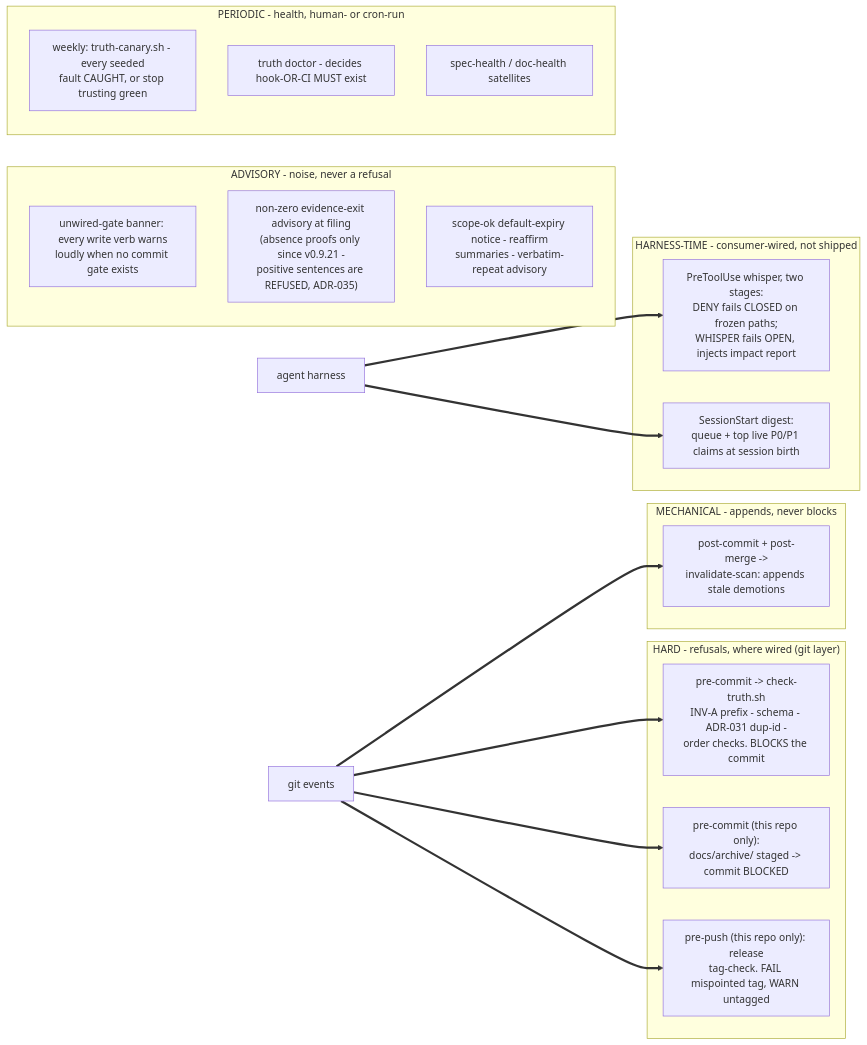
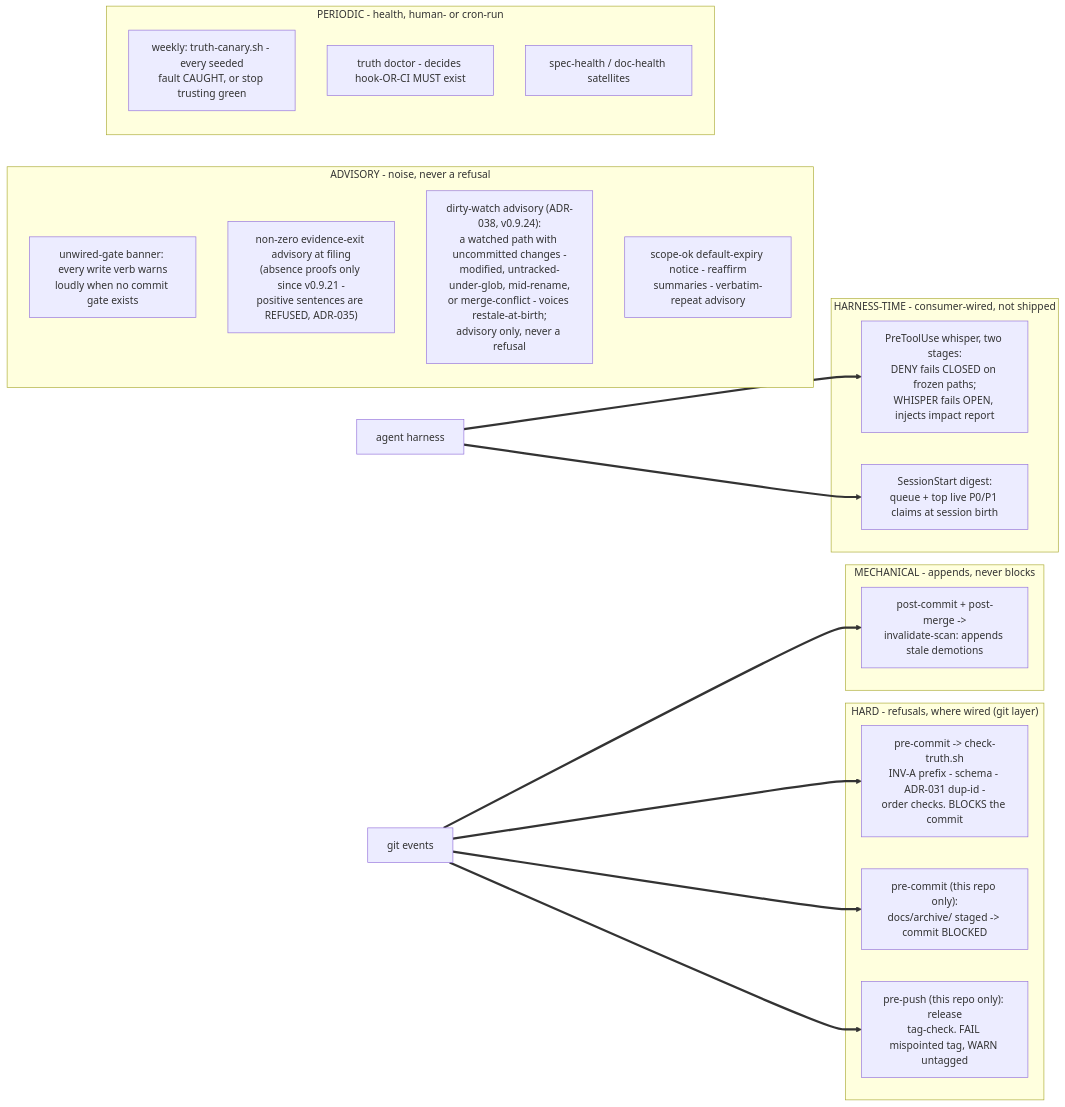
The sixth of 7 diagrams in docs/truth-ledger-explained.md (m1981/truth-ledger), drawn with Mermaid before and after one commit. The commit also changed other lines of this file and 11 other files, not shown here.

First line of the commit message:
v0.9.24: ADR-038 dirty-watch advisory (R4 of gates adoption; no schema change)

````diff
--- a/docs/truth-ledger-explained.md
+++ b/docs/truth-ledger-explained.md
@@ -677,32 +677,33 @@
 ```mermaid
 flowchart LR
     subgraph hard["HARD - refusals, where wired (git layer)"]
         PC["pre-commit -> check-truth.sh<br/>INV-A prefix - schema - ADR-031 dup-id -<br/>order checks. BLOCKS the commit"]
         FR["pre-commit (this repo only):<br/>docs/archive/ staged -> commit BLOCKED"]
         PP["pre-push (this repo only): release<br/>tag-check. FAIL mispointed tag, WARN untagged"]
     end
 
     subgraph mech["MECHANICAL - appends, never blocks"]
         POC["post-commit + post-merge -><br/>invalidate-scan: appends stale demotions"]
     end
 
     subgraph harness["HARNESS-TIME - consumer-wired, not shipped"]
         WH["PreToolUse whisper, two stages:<br/>DENY fails CLOSED on frozen paths;<br/>WHISPER fails OPEN, injects impact report"]
         DG["SessionStart digest:<br/>queue + top live P0/P1 claims at session birth"]
     end
 
     subgraph advisory["ADVISORY - noise, never a refusal"]
         BAN["unwired-gate banner: every write verb warns<br/>loudly when no commit gate exists"]
         EXW["non-zero evidence-exit advisory at filing<br/>(absence proofs only since v0.9.21 -<br/>positive sentences are REFUSED, ADR-035)"]
+        DWN["dirty-watch advisory (ADR-038, v0.9.24):<br/>a watched path with uncommitted changes -<br/>modified, untracked-under-glob, mid-rename,<br/>or merge-conflict - voices restale-at-birth;<br/>advisory only, never a refusal"]
         SOK["scope-ok default-expiry notice - reaffirm<br/>summaries - verbatim-repeat advisory"]
     end
 
     subgraph periodic["PERIODIC - health, human- or cron-run"]
         CAN["weekly: truth-canary.sh - every seeded<br/>fault CAUGHT, or stop trusting green"]
         DOC["truth doctor - decides hook-OR-CI MUST exist"]
         SAT["spec-health / doc-health satellites"]
     end
 
     GIT["git events"] ==> PC & FR & PP & POC
     HARN2["agent harness"] ==> WH & DG
 ```
````
